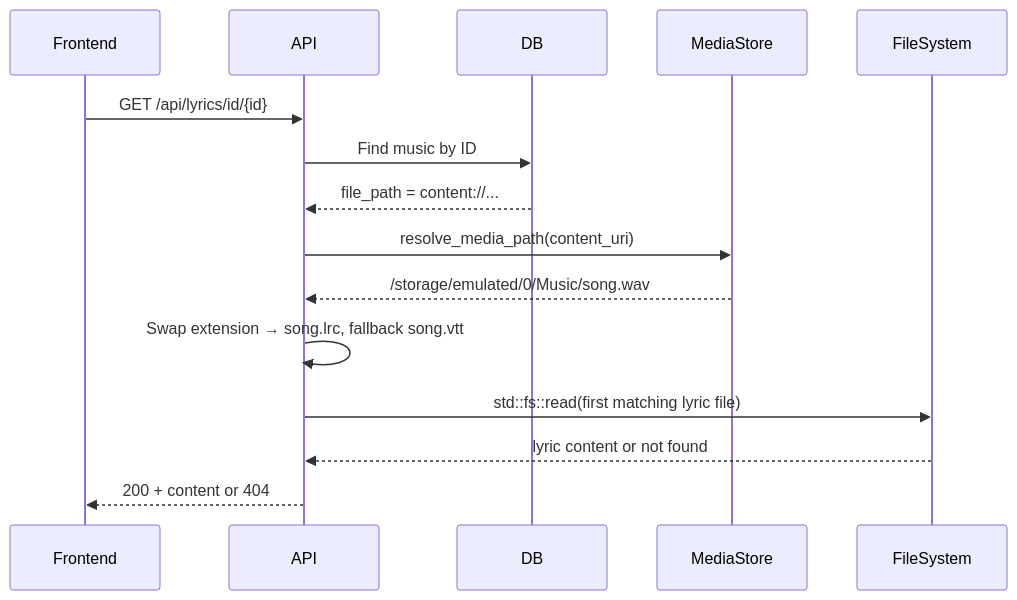
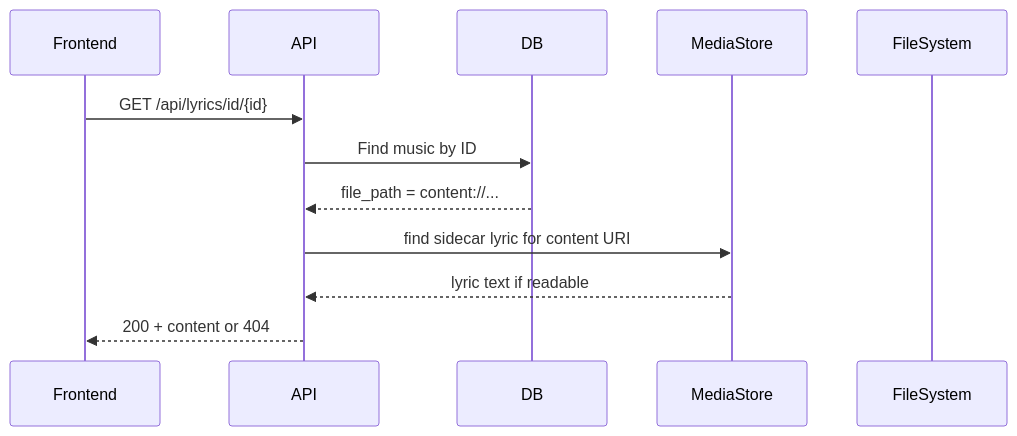
The second of 2 diagrams in docs/lyrics-display.md (Afeather2017/Kaulan), drawn with Mermaid before and after one commit. The commit also changed 24 other files, not shown here.

````diff
--- a/docs/lyrics-display.md
+++ b/docs/lyrics-display.md
@@ -212,18 +212,15 @@
 ```mermaid
 sequenceDiagram
     participant Frontend
     participant API
     participant DB
     participant MediaStore
     participant FileSystem
 
     Frontend->>API: GET /api/lyrics/id/{id}
     API->>DB: Find music by ID
     DB-->>API: file_path = content://...
-    API->>MediaStore: resolve_media_path(content_uri)
-    MediaStore-->>API: /storage/emulated/0/Music/song.wav
-    API->>API: Swap extension → song.lrc, fallback song.vtt
-    API->>FileSystem: std::fs::read(first matching lyric file)
-    FileSystem-->>API: lyric content or not found
+    API->>MediaStore: find sidecar lyric for content URI
+    MediaStore-->>API: lyric text if readable
     API-->>Frontend: 200 + content or 404
 ```
````
